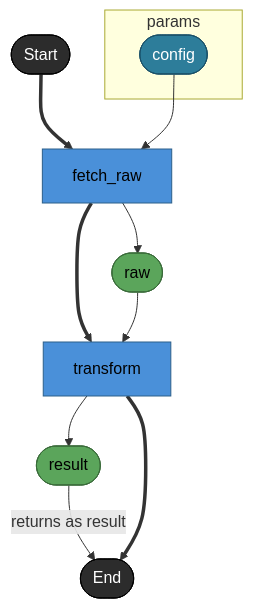
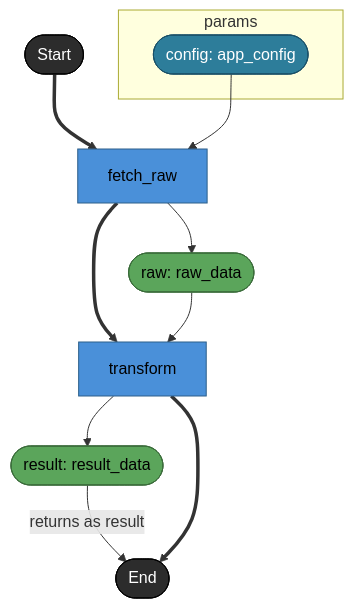
Before and after one commit to hiroshiasayadev-prog/brewprint: the first of 6 diagrams in docs/spec/views/dag.md, drawn with Mermaid. The commit also changed other lines of this file and 18 other files, not shown here.

````diff
--- a/docs/spec/views/dag.md
+++ b/docs/spec/views/dag.md
@@ -514,24 +546,24 @@
 ```mermaid
 flowchart TD
   subgraph params
-    config([config])
+    config([config: app_config])
   end
 
   _start([Start]) ==> fetch_raw
   config --> fetch_raw[fetch_raw]
-  fetch_raw --> raw([raw])
+  fetch_raw --> raw([raw: raw_data])
   fetch_raw ==> transform
   raw --> transform[transform]
-  transform --> result([result])
+  transform --> result([result: result_data])
   result -- "returns as result" --> _end([End])
   transform ==> _end
 
   classDef taskNode      fill:#4A90D9,stroke:#2C5F8A,color:#000
   classDef assetNode     fill:#5BA55B,stroke:#3A6B3A,color:#000
   classDef terminalNode  fill:#2C2C2C,stroke:#000,color:#fff
   classDef boundaryNode  fill:#2D7D9A,stroke:#1A5068,color:#fff
   class fetch_raw,transform taskNode
   class raw,result assetNode
   class _start,_end terminalNode
   class config boundaryNode
 ```
````
